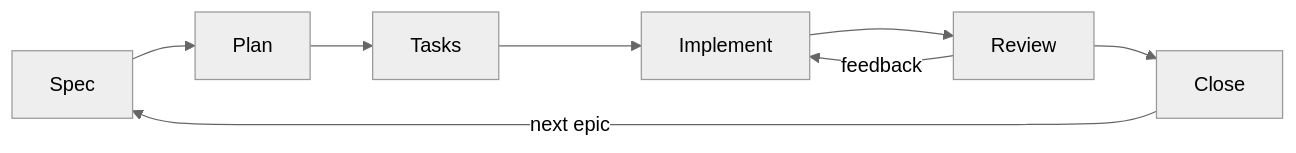
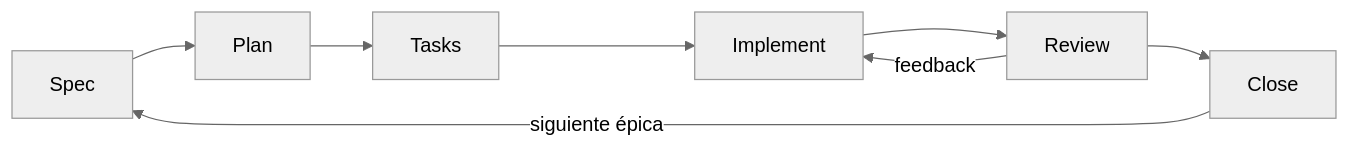
Before and after one commit to Pablobc1208/TiendaPatronaje: the diagram in docs/METHODOLOGY.md, drawn with Mermaid (neutral theme). The commit also changed other lines of this file and 31 other files, not shown here.

````diff
--- a/docs/METHODOLOGY.md
+++ b/docs/METHODOLOGY.md
@@ -5,6 +5,6 @@
 ```mermaid
 flowchart LR
   S[Spec] --> P[Plan] --> T[Tasks] --> I[Implement] --> R[Review] --> C[Close]
-  C -->|next epic| S
+  C -->|siguiente épica| S
   R -->|feedback| I
 ```
````
